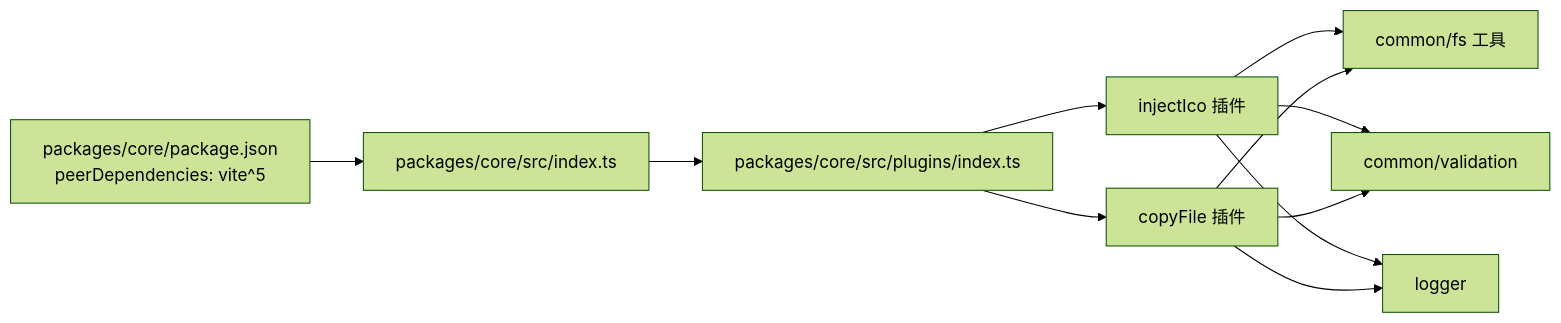
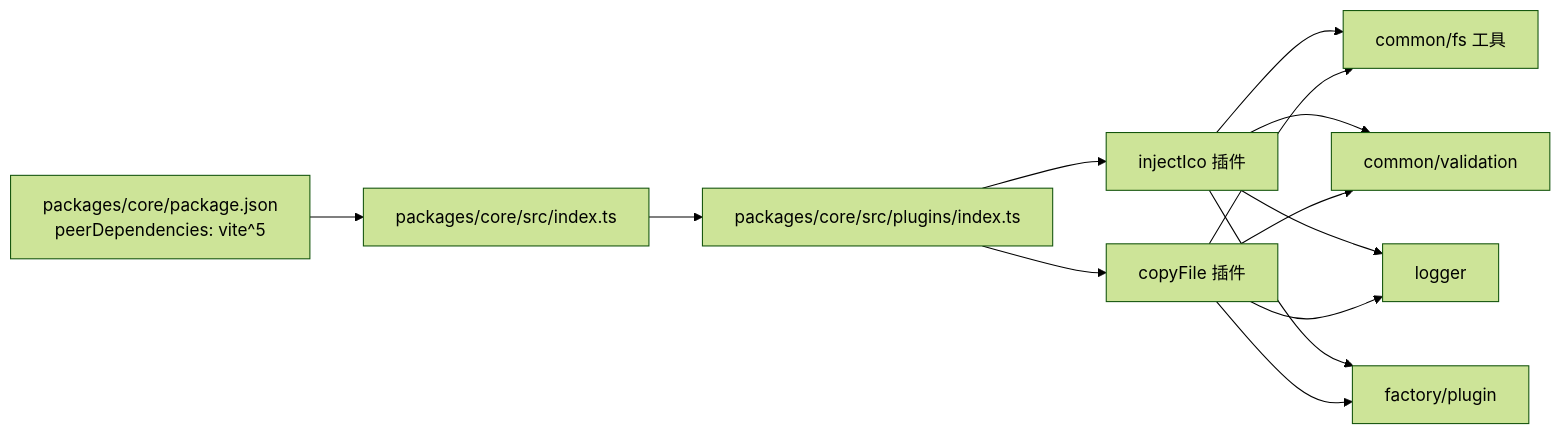
Before and after one commit to MengXi-Studio/vite-plugin: the sixth of 6 diagrams in .qoder/repowiki/zh/content/故障排除.md, drawn with Mermaid (forest theme). The commit also changed other lines of this file and 6 other files, not shown here.

````diff
--- a/.qoder/repowiki/zh/content/故障排除.md
+++ b/.qoder/repowiki/zh/content/故障排除.md
@@ -275,21 +306,24 @@
 ```mermaid
 graph LR
 PJSON["packages/core/package.json<br/>peerDependencies: vite^5"]
 CORE["packages/core/src/index.ts"]
 PLUGS["packages/core/src/plugins/index.ts"]
 INJ["injectIco 插件"]
 CPY["copyFile 插件"]
 FS["common/fs 工具"]
 VAL["common/validation"]
 LOG["logger"]
+FACT["factory/plugin"]
 PJSON --> CORE
 CORE --> PLUGS
 PLUGS --> INJ
 PLUGS --> CPY
 INJ --> FS
 INJ --> VAL
 INJ --> LOG
+INJ --> FACT
 CPY --> FS
 CPY --> VAL
 CPY --> LOG
+CPY --> FACT
 ```
````
